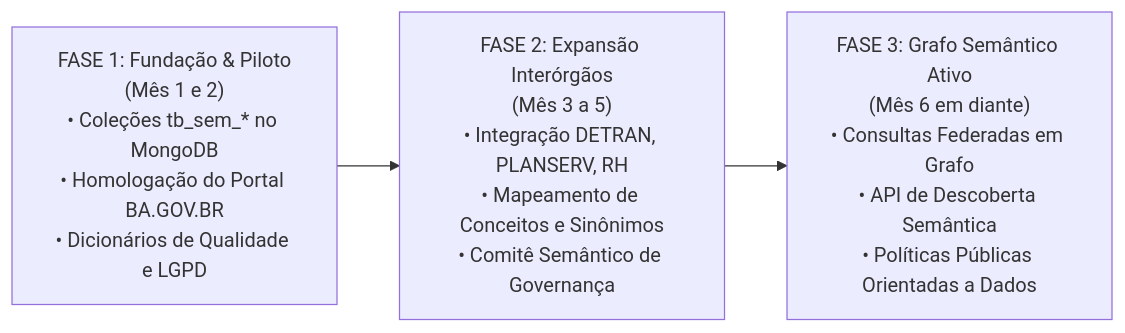
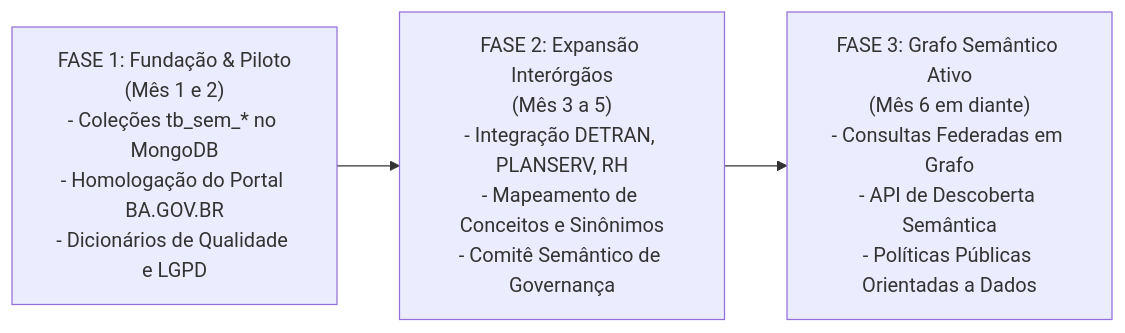
One commit to jef-prodeb01/NINHO.03 changed the second of 2 diagrams in modulos/governanca_dados/DOCUMENTO_CONSOLIDADO_GOVERNANCA_DADOS.md. Above: the diagram before and after it, drawn with Mermaid. The commit also changed other lines of this file and 11 other files, not shown here.

Commit message:
fix(docs): converte diagramas Mermaid flowchart para graph compativel com GitLab

````diff
--- a/modulos/governanca_dados/DOCUMENTO_CONSOLIDADO_GOVERNANCA_DADOS.md
+++ b/modulos/governanca_dados/DOCUMENTO_CONSOLIDADO_GOVERNANCA_DADOS.md
@@ -816,10 +827,11 @@
 ```mermaid
-flowchart LR
-    F1["FASE 1: Fundação & Piloto\n(Mês 1 e 2)\n• Coleções tb_sem_* no MongoDB\n• Homologação do Portal BA.GOV.BR\n• Dicionários de Qualidade e LGPD"]
+graph LR
+    F1["FASE 1: Fundação & Piloto<br/>(Mês 1 e 2)<br/>- Coleções tb_sem_* no MongoDB<br/>- Homologação do Portal BA.GOV.BR<br/>- Dicionários de Qualidade e LGPD"]
     
-    F2["FASE 2: Expansão Interórgãos\n(Mês 3 a 5)\n• Integração DETRAN, PLANSERV, RH\n• Mapeamento de Conceitos e Sinônimos\n• Comitê Semântico de Governança"]
+    F2["FASE 2: Expansão Interórgãos<br/>(Mês 3 a 5)<br/>- Integração DETRAN, PLANSERV, RH<br/>- Mapeamento de Conceitos e Sinônimos<br/>- Comitê Semântico de Governança"]
     
-    F3["FASE 3: Grafo Semântico Ativo\n(Mês 6 em diante)\n• Consultas Federadas em Grafo\n• API de Descoberta Semântica\n• Políticas Públicas Orientadas a Dados"]
+    F3["FASE 3: Grafo Semântico Ativo<br/>(Mês 6 em diante)<br/>- Consultas Federadas em Grafo<br/>- API de Descoberta Semântica<br/>- Políticas Públicas Orientadas a Dados"]
     
-    F1 --> F2 --> F3
+    F1 --> F2
+    F2 --> F3
 ```
````
